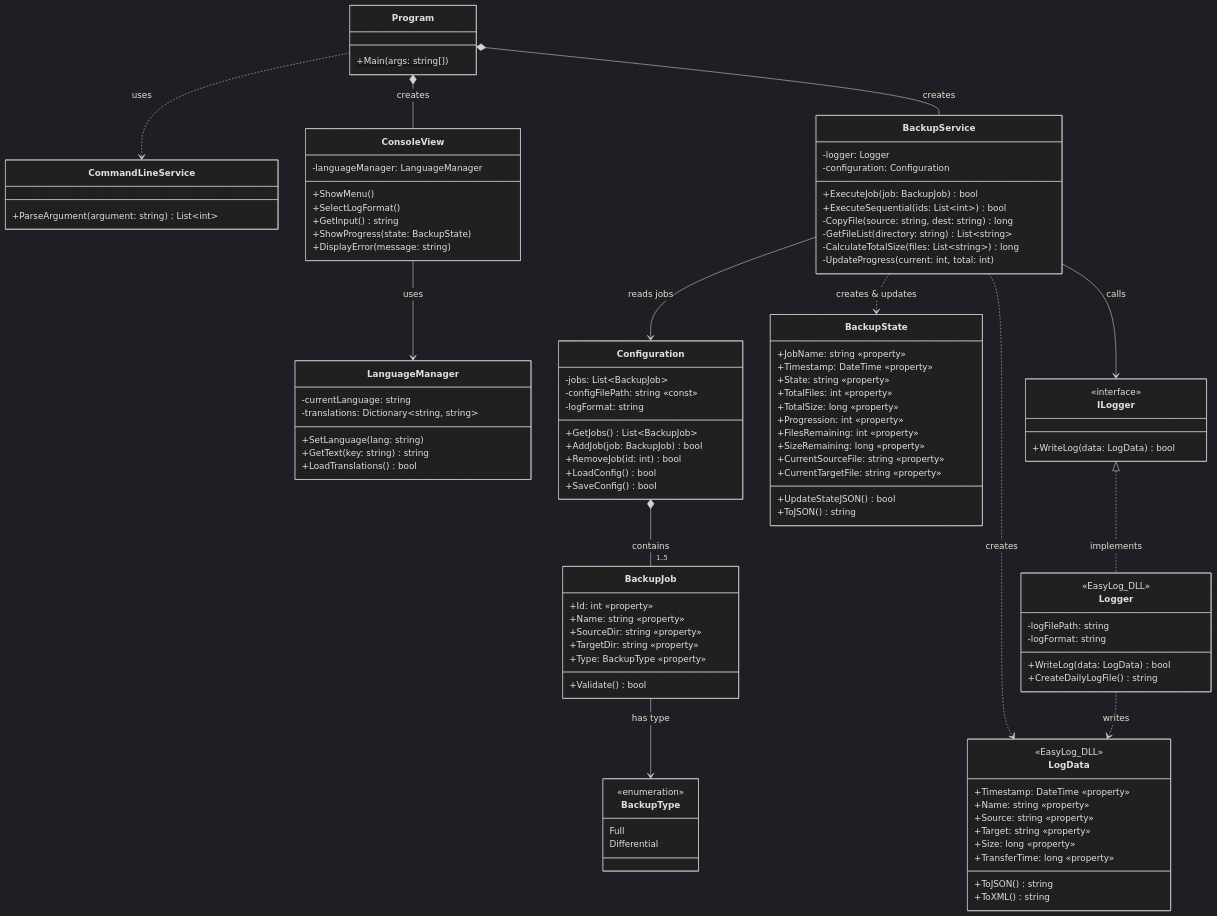
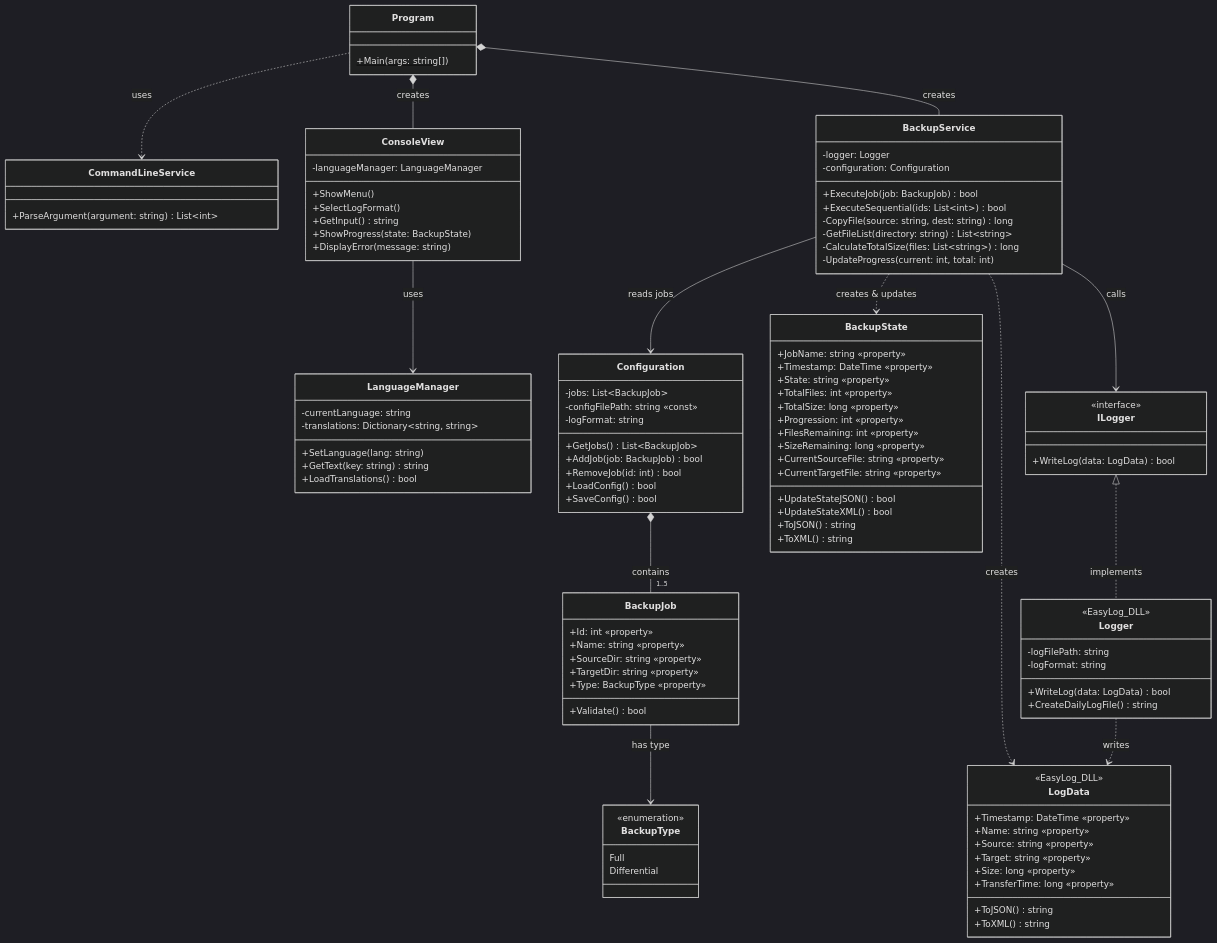
Before and after one commit to Groupe1-Prosoft/EasySave: the second of 8 diagrams in Diagrams/UMLv1.1.md, drawn with Mermaid (dark theme).

Commit message:
Addition of attributs for xml in BackupState

```diff
--- a/Diagrams/UMLv1.1.md
+++ b/Diagrams/UMLv1.1.md
@@ -114,7 +114,9 @@
         +CurrentSourceFile: string «property»
         +CurrentTargetFile: string «property»
         +UpdateStateJSON() bool
+        +UpdateStateXML() bool
         +ToJSON() string
+        +ToXML() string
     }
 
     class BackupJob {
```
